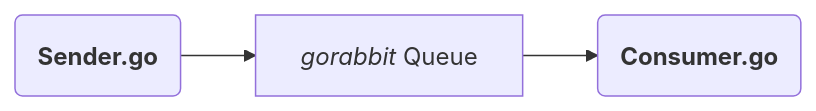
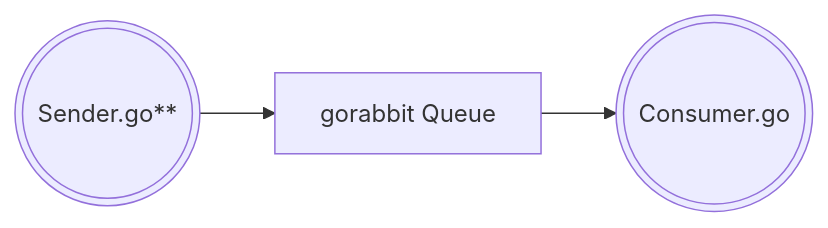
The diagram in README.md (TNAucoin/gorabbit), drawn with Mermaid before and after one commit. The commit also changed other lines of this file, not shown here.

Commit message:
Also added brief explanations of `sender.go` and `consumer.go` functions for clarity.

````diff
--- a/README.md
+++ b/README.md
@@ -11,8 +11,7 @@
 ```mermaid
-%%{init: {"flowchart": {"htmlLabels": false}} }%%
 graph LR;
-    producer("`**Sender.go**`")
-    queue["`_gorabbit_ Queue`"]
-    consumer("`**Consumer.go**`")
+    producer((("Sender.go**")))
+    queue["gorabbit Queue"]
+    consumer((("Consumer.go")))
     producer --> queue --> consumer
 ```
````
